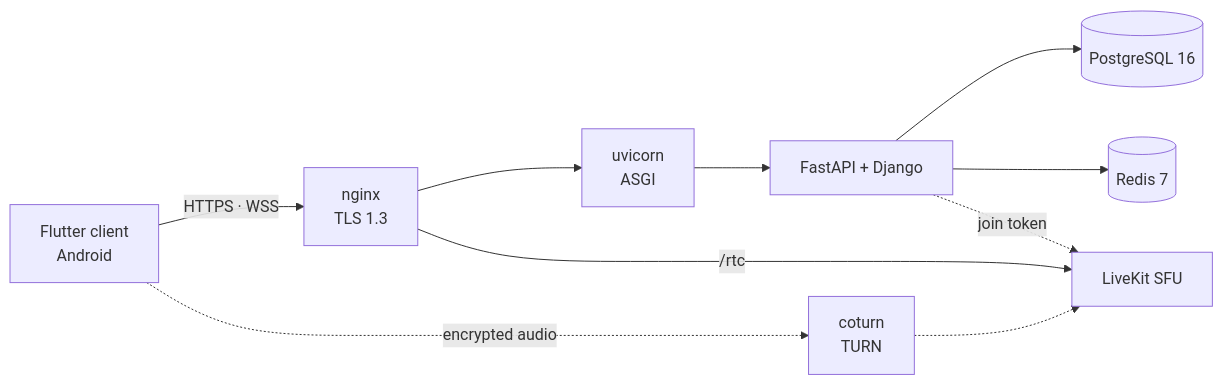
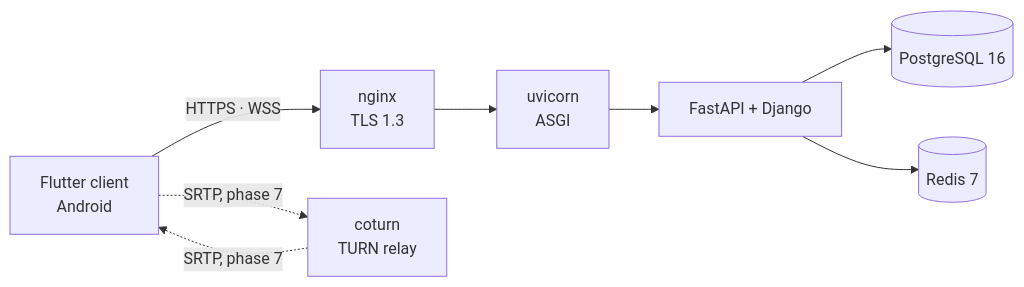
Before and after one commit to n-shadloo/communication-platform: the diagram in README.md, drawn with Mermaid. The commit also changed other lines of this file and 7 other files, not shown here.

````diff
--- a/README.md
+++ b/README.md
@@ -55,21 +59,18 @@
 ```mermaid
 flowchart LR
   C["Flutter client<br/>Android"]
   N["nginx<br/>TLS 1.3"]
   D["uvicorn<br/>ASGI"]
   A["FastAPI + Django"]
   P[("PostgreSQL 16")]
   R[("Redis 7")]
-  L["LiveKit SFU"]
-  T["coturn<br/>TURN"]
+  T["coturn<br/>TURN relay"]
 
   C -->|"HTTPS · WSS"| N
   N --> D
   D --> A
   A --> P
   A --> R
-  N -->|"/rtc"| L
-  A -.->|"join token"| L
-  C -.->|"encrypted audio"| T
-  T -.-> L
+  C -.->|"SRTP, phase 7"| T
+  T -.->|"SRTP, phase 7"| C
 ```
````
